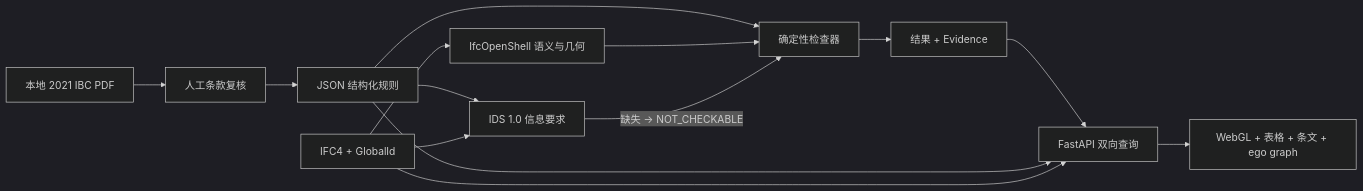
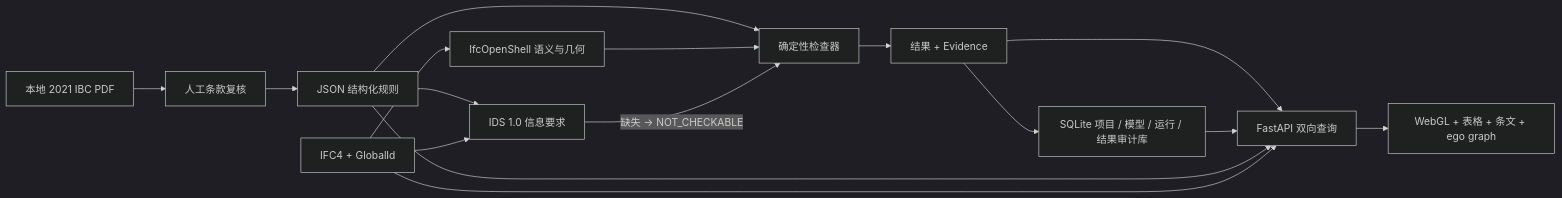
The first of 2 diagrams in docs/architecture.md (ralin0225/ifc-bidirectional-compliance-mvd), drawn with Mermaid (dark theme) before and after one commit. The commit also changed other lines of this file and 9 other files, not shown here.

````diff
--- a/docs/architecture.md
+++ b/docs/architecture.md
@@ -11,16 +11,18 @@
 ```mermaid
 flowchart LR
     PDF["本地 2021 IBC PDF"] --> Review["人工条款复核"]
     Review --> Rules["JSON 结构化规则"]
     Rules --> IDS["IDS 1.0 信息要求"]
     Rules --> Engine["确定性检查器"]
     IFC["IFC4 + GlobalId"] --> IDS
     IFC --> IfcOS["IfcOpenShell 语义与几何"]
     IfcOS --> Engine
     IDS -->|"缺失 → NOT_CHECKABLE"| Engine
     Engine --> Results["结果 + Evidence"]
     Results --> API["FastAPI 双向查询"]
+    Results --> SQLite["SQLite 项目 / 模型 / 运行 / 结果审计库"]
+    SQLite --> API
     Rules --> API
     IFC --> API
     API --> UI["WebGL + 表格 + 条文 + ego graph"]
 ```
````
